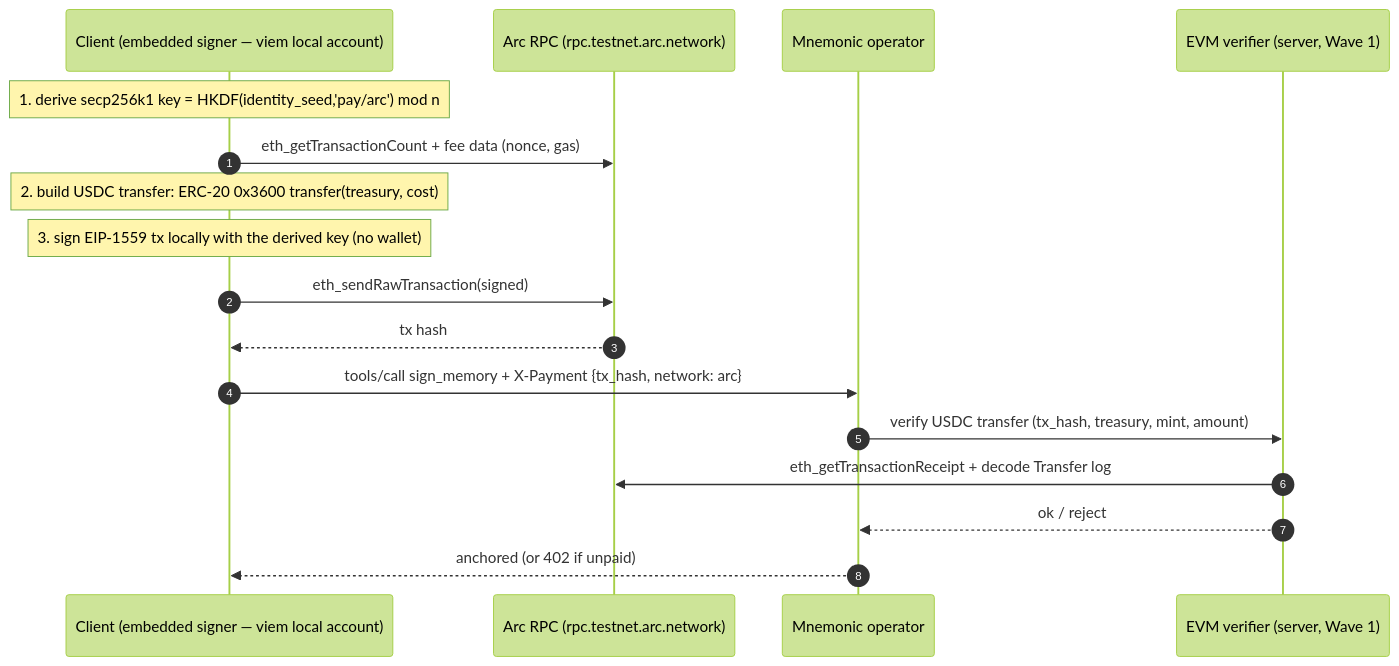
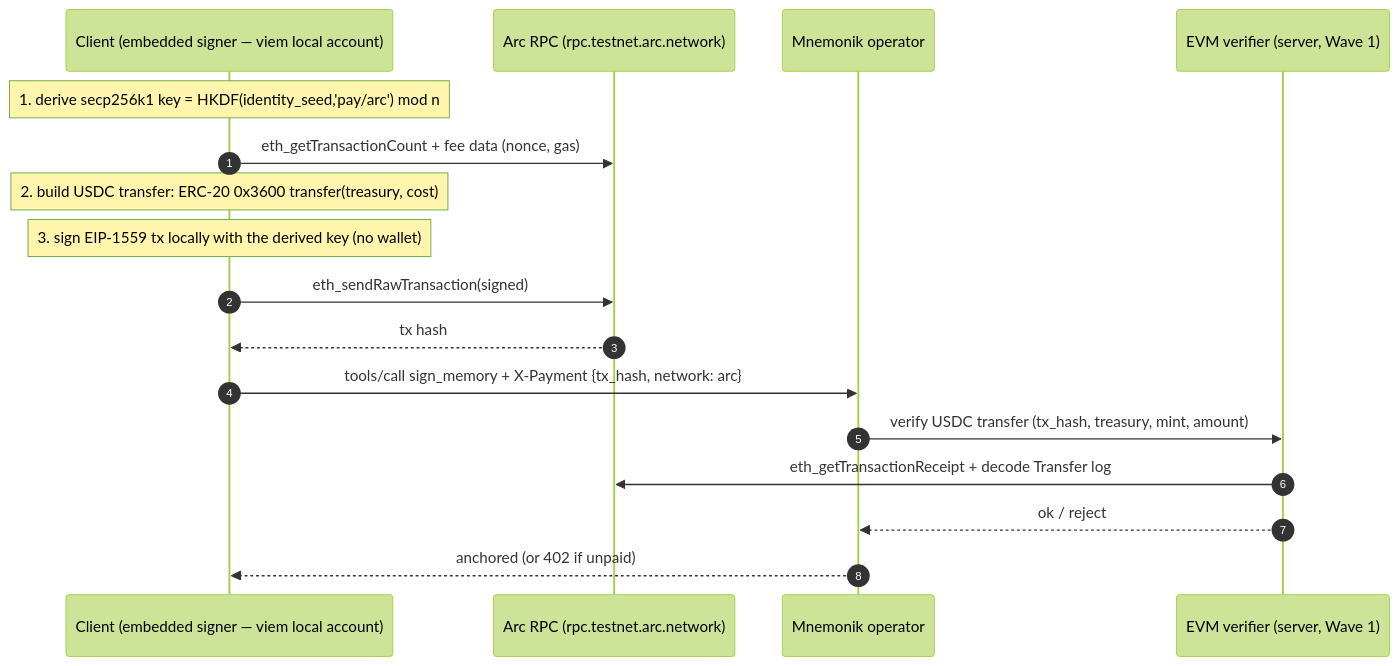
Before and after one commit to mnemonik-xyz/monorepo: diagram 11 of 12 in work/noncustodial-paradigm/design.md, drawn with Mermaid (forest theme). The commit also changed other lines of this file and 317 other files, not shown here.

First line of the commit message:
docs: rename Mnemonic to Mnemonik in prose, UI strings and type names

````diff
--- a/work/noncustodial-paradigm/design.md
+++ b/work/noncustodial-paradigm/design.md
@@ -647,20 +647,20 @@
 ```mermaid
 sequenceDiagram
     autonumber
     participant CL as Client (embedded signer — viem local account)
     participant RPC as Arc RPC (rpc.testnet.arc.network)
-    participant OP as Mnemonic operator
+    participant OP as Mnemonik operator
     participant V as EVM verifier (server, Wave 1)
 
     Note over CL: 1. derive secp256k1 key = HKDF(identity_seed,'pay/arc') mod n
     CL->>RPC: eth_getTransactionCount + fee data (nonce, gas)
     Note over CL: 2. build USDC transfer: ERC-20 0x3600 transfer(treasury, cost)
     Note over CL: 3. sign EIP-1559 tx locally with the derived key (no wallet)
     CL->>RPC: eth_sendRawTransaction(signed)
     RPC-->>CL: tx hash
     CL->>OP: tools/call sign_memory + X-Payment {tx_hash, network: arc}
     OP->>V: verify USDC transfer (tx_hash, treasury, mint, amount)
     V->>RPC: eth_getTransactionReceipt + decode Transfer log
     V-->>OP: ok / reject
     OP-->>CL: anchored (or 402 if unpaid)
 ```
````
